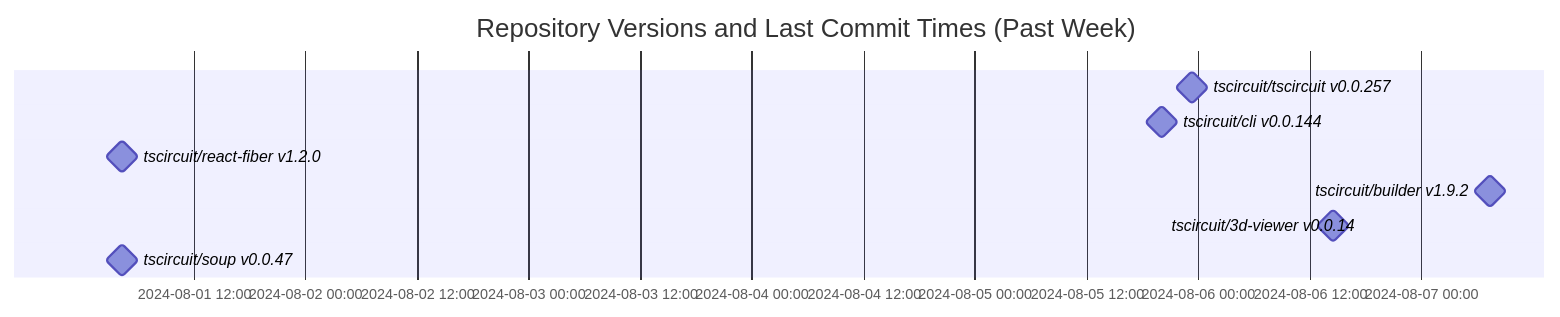
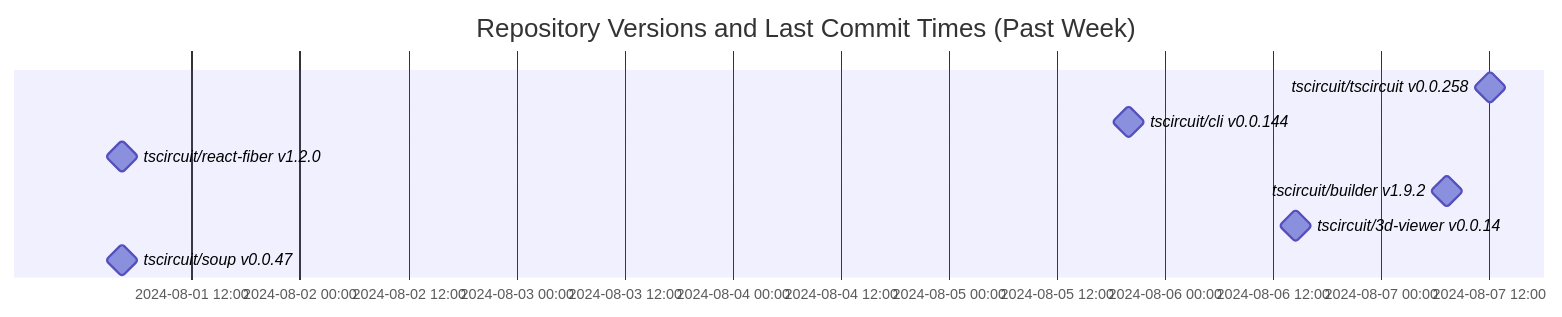
One commit to tscircuit/version-tracker changed the diagram in README.md. Above: the diagram before and after it, drawn with Mermaid.

Commit message:
Update chart

````diff
--- a/README.md
+++ b/README.md
@@ -1,13 +1,13 @@
 ```mermaid
 gantt
   dateFormat  YYYY-MM-DD HH:mm:ss
   title Repository Versions and Last Commit Times (Past Week)
   axisFormat %Y-%m-%d %H:%M
 
-  tscircuit/tscircuit v0.0.257 : milestone, 2024-08-05 23:16:17, 1s
+  tscircuit/tscircuit v0.0.258 : milestone, 2024-08-07 12:06:34, 1s
   tscircuit/cli v0.0.144 : milestone, 2024-08-05 20:01:47, 1s
   tscircuit/react-fiber v1.2.0 : milestone, 2024-08-01 04:16:00, 1s
   tscircuit/builder v1.9.2 : milestone, 2024-08-07 07:21:49, 1s
   tscircuit/3d-viewer v0.0.14 : milestone, 2024-08-06 14:28:03, 1s
   tscircuit/soup v0.0.47 : milestone, 2024-08-01 04:19:38, 1s
 ```
````
